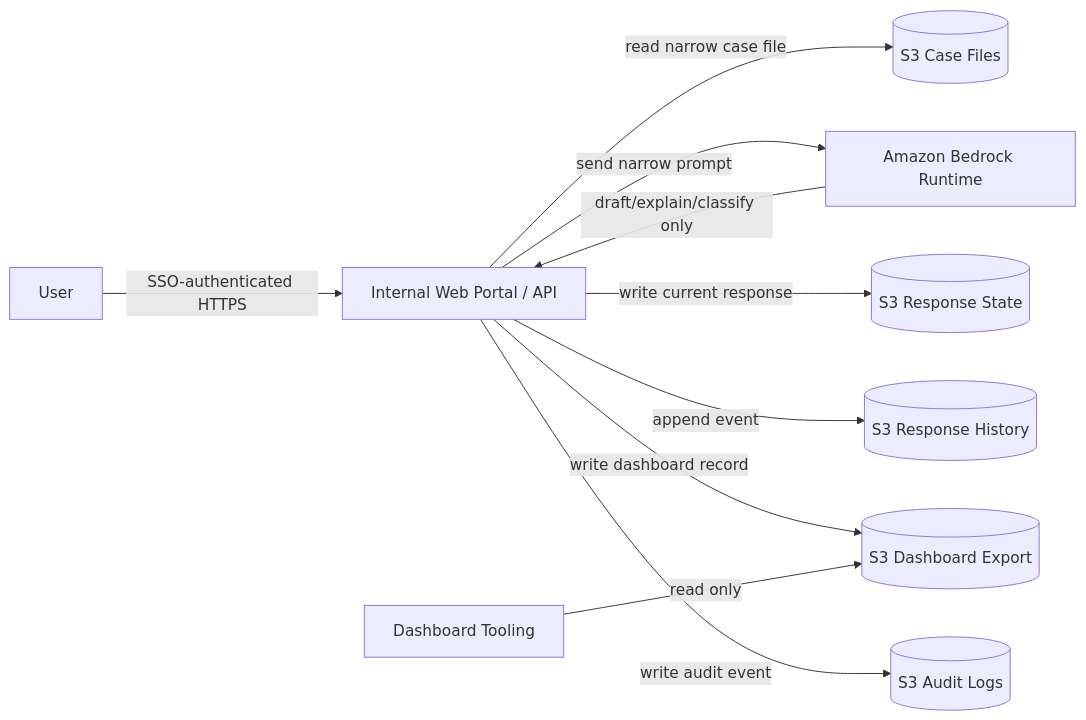
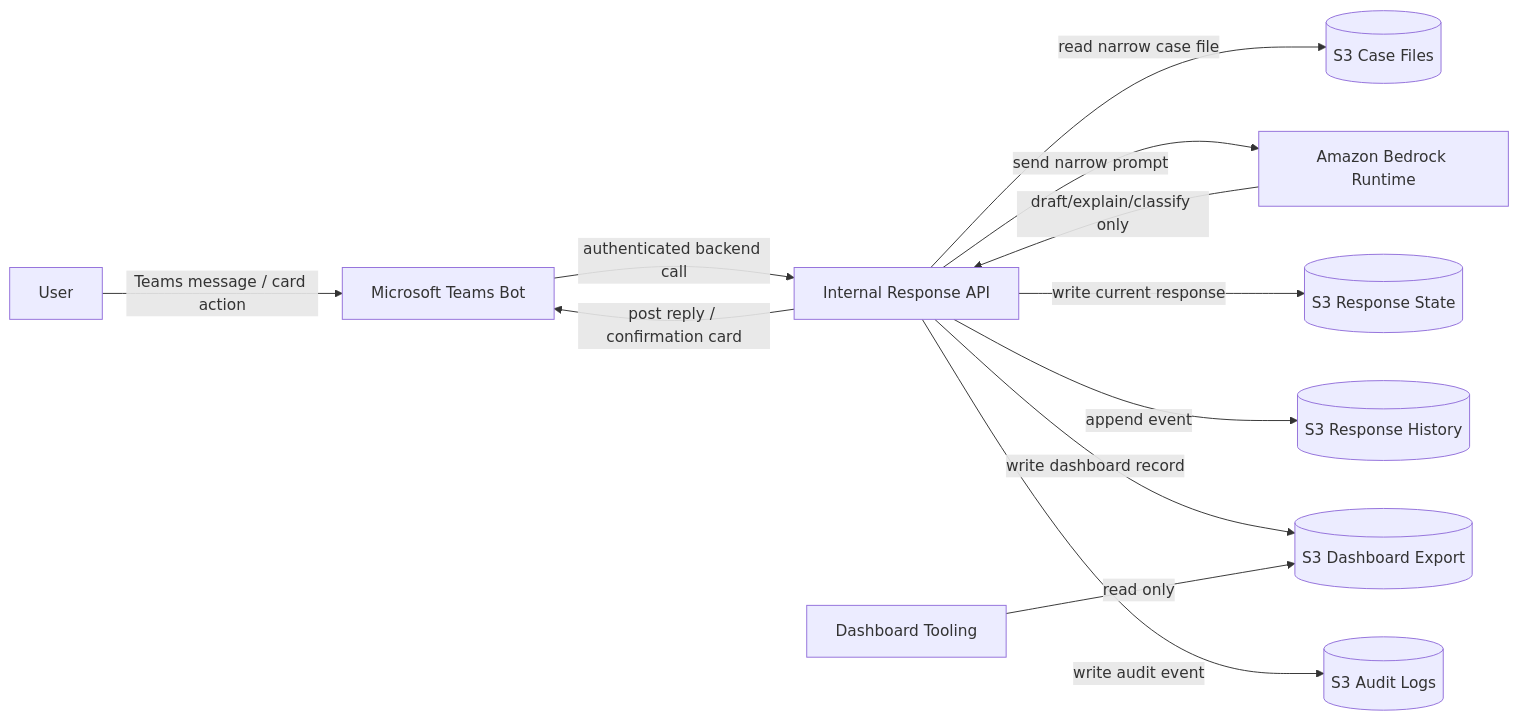
Before and after one commit to pickeringtech/finops-ai-report-response-portal-whitepaper: the sixth of 6 diagrams in mvp.md, drawn with Mermaid. The commit also changed other lines of this file and 3 other files, not shown here.

Commit message:
Make Teams bot the MVP interface

````diff
--- a/mvp.md
+++ b/mvp.md
@@ -272,22 +275,25 @@
 ```mermaid
 flowchart LR
     user["User"]
-    portal["Internal Web Portal / API"]
+    teams["Microsoft Teams Bot"]
+    api["Internal Response API"]
     bedrock["Amazon Bedrock Runtime"]
     s3case[("S3 Case Files")]
     s3state[("S3 Response State")]
     s3history[("S3 Response History")]
     s3export[("S3 Dashboard Export")]
     s3audit[("S3 Audit Logs")]
     dashboard["Dashboard Tooling"]
 
-    user -->|"SSO-authenticated HTTPS"| portal
-    portal -->|"read narrow case file"| s3case
-    portal -->|"send narrow prompt"| bedrock
-    bedrock -->|"draft/explain/classify only"| portal
-    portal -->|"write current response"| s3state
-    portal -->|"append event"| s3history
-    portal -->|"write dashboard record"| s3export
-    portal -->|"write audit event"| s3audit
+    user -->|"Teams message / card action"| teams
+    teams -->|"authenticated backend call"| api
+    api -->|"read narrow case file"| s3case
+    api -->|"send narrow prompt"| bedrock
+    bedrock -->|"draft/explain/classify only"| api
+    api -->|"post reply / confirmation card"| teams
+    api -->|"write current response"| s3state
+    api -->|"append event"| s3history
+    api -->|"write dashboard record"| s3export
+    api -->|"write audit event"| s3audit
     dashboard -->|"read only"| s3export
 ```
````
